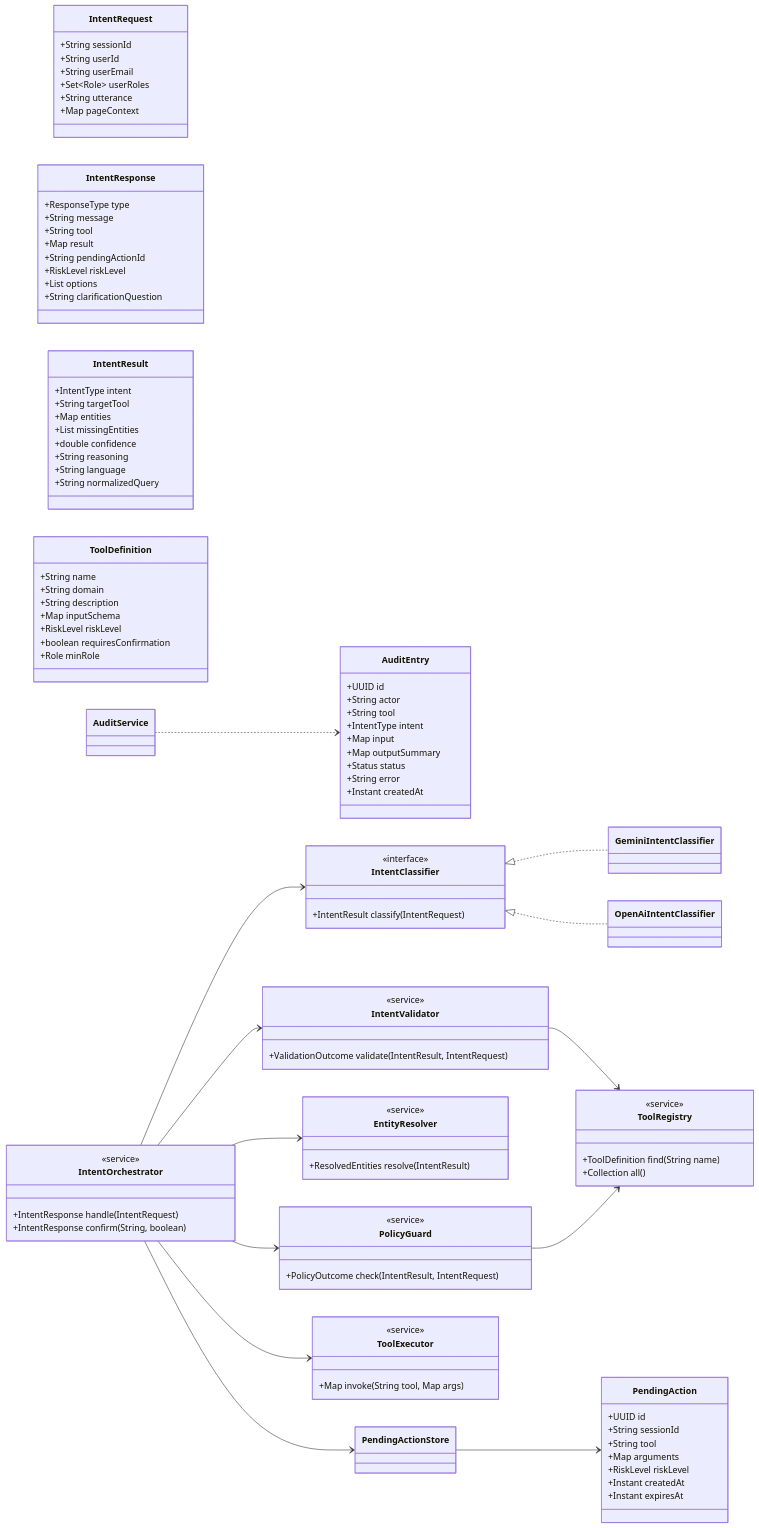
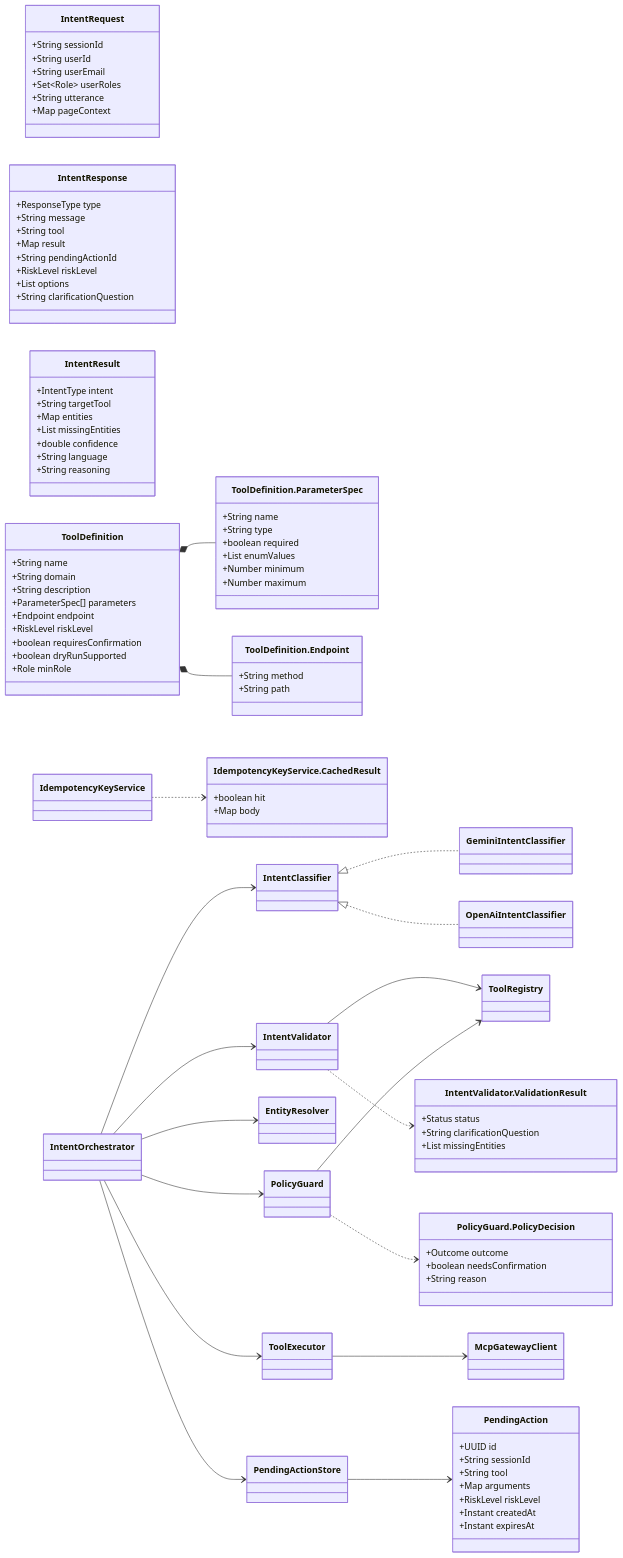
One commit to YuqiGuo105/portfolio-ai-platform changed the fifth of 5 diagrams in README.md. Above: the diagram before and after it, drawn with Mermaid. The commit also changed other lines of this file, not shown here.

First line of the commit message:
docs(readme): trim and restructure top-level README

````diff
--- a/README.md
+++ b/README.md
@@ -219,103 +202,86 @@
     direction LR
 
     class IntentRequest {
-      +String sessionId
-      +String userId
-      +String userEmail
-      +Set~Role~ userRoles
-      +String utterance
-      +Map pageContext
+        +String sessionId
+        +String userId
+        +String userEmail
+        +Set~Role~ userRoles
+        +String utterance
+        +Map pageContext
     }
 
     class IntentResponse {
-      +ResponseType type
-      +String message
-      +String tool
-      +Map result
-      +String pendingActionId
-      +RiskLevel riskLevel
-      +List options
-      +String clarificationQuestion
+        +ResponseType type
+        +String message
+        +String tool
+        +Map result
+        +String pendingActionId
+        +RiskLevel riskLevel
+        +List options
+        +String clarificationQuestion
     }
 
     class IntentResult {
-      +IntentType intent
-      +String targetTool
-      +Map entities
-      +List missingEntities
-      +double confidence
-      +String reasoning
-      +String language
-      +String normalizedQuery
+        +IntentType intent
+        +String targetTool
+        +Map entities
+        +List missingEntities
+        +double confidence
+        +String language
+        +String reasoning
+    }
+
+    class PendingAction {
+        +UUID id
+        +String sessionId
+        +String tool
+        +Map arguments
+        +RiskLevel riskLevel
+        +Instant createdAt
+        +Instant expiresAt
     }
 
     class ToolDefinition {
-      +String name
-      +String domain
-      +String description
-      +Map inputSchema
-      +RiskLevel riskLevel
-      +boolean requiresConfirmation
-      +Role minRole
+        +String name
+        +String domain
+        +String description
+        +ParameterSpec[] parameters
+        +Endpoint endpoint
+        +RiskLevel riskLevel
+        +boolean requiresConfirmation
+        +boolean dryRunSupported
+        +Role minRole
     }
 
-    class PendingAction {
-      +UUID id
-      +String sessionId
-      +String tool
-      +Map arguments
-      +RiskLevel riskLevel
-      +Instant createdAt
-      +Instant expiresAt
+    class ToolDefinition.ParameterSpec {
+        +String name
+        +String type
+        +boolean required
+        +List enumValues
+        +Number minimum
+        +Number maximum
     }
 
-    class AuditEntry {
-      +UUID id
-      +String actor
-      +String tool
-      +IntentType intent
-      +Map input
-      +Map outputSummary
-      +Status status
-      +String error
-      +Instant createdAt
+    class ToolDefinition.Endpoint {
+        +String method
+        +String path
     }
 
-    class ToolRegistry {
-      <<service>>
-      +ToolDefinition find(String name)
-      +Collection all()
+    class IntentValidator.ValidationResult {
+        +Status status
+        +String clarificationQuestion
+        +List missingEntities
     }
 
-    class IntentClassifier {
-      <<interface>>
-      +IntentResult classify(IntentRequest)
+    class PolicyGuard.PolicyDecision {
+        +Outcome outcome
+        +boolean needsConfirmation
+        +String reason
     }
 
-    class IntentValidator {
-      <<service>>
-      +ValidationOutcome validate(IntentResult, IntentRequest)
-    }
-
-    class EntityResolver {
-      <<service>>
-      +ResolvedEntities resolve(IntentResult)
-    }
-
-    class PolicyGuard {
-      <<service>>
-      +PolicyOutcome check(IntentResult, IntentRequest)
-    }
-
-    class IntentOrchestrator {
-      <<service>>
-      +IntentResponse handle(IntentRequest)
-      +IntentResponse confirm(String, boolean)
-    }
-
-    class ToolExecutor {
-      <<service>>
-      +Map invoke(String tool, Map args)
+    class IdempotencyKeyService.CachedResult {
+        +boolean hit
+        +Map body
     }
 
     IntentOrchestrator --> IntentClassifier
@@ -324,10 +290,15 @@
     IntentOrchestrator --> PolicyGuard
     IntentOrchestrator --> ToolExecutor
     IntentOrchestrator --> PendingActionStore
-    IntentValidator    --> ToolRegistry
-    PolicyGuard        --> ToolRegistry
+    IntentValidator --> ToolRegistry
+    PolicyGuard --> ToolRegistry
     PendingActionStore --> PendingAction
+    ToolExecutor --> McpGatewayClient
     IntentClassifier <|.. GeminiIntentClassifier
     IntentClassifier <|.. OpenAiIntentClassifier
-    AuditService ..> AuditEntry
+    ToolDefinition *-- ToolDefinition.ParameterSpec
+    ToolDefinition *-- ToolDefinition.Endpoint
+    IntentValidator ..> IntentValidator.ValidationResult
+    PolicyGuard ..> PolicyGuard.PolicyDecision
+    IdempotencyKeyService ..> IdempotencyKeyService.CachedResult
 ```
````
